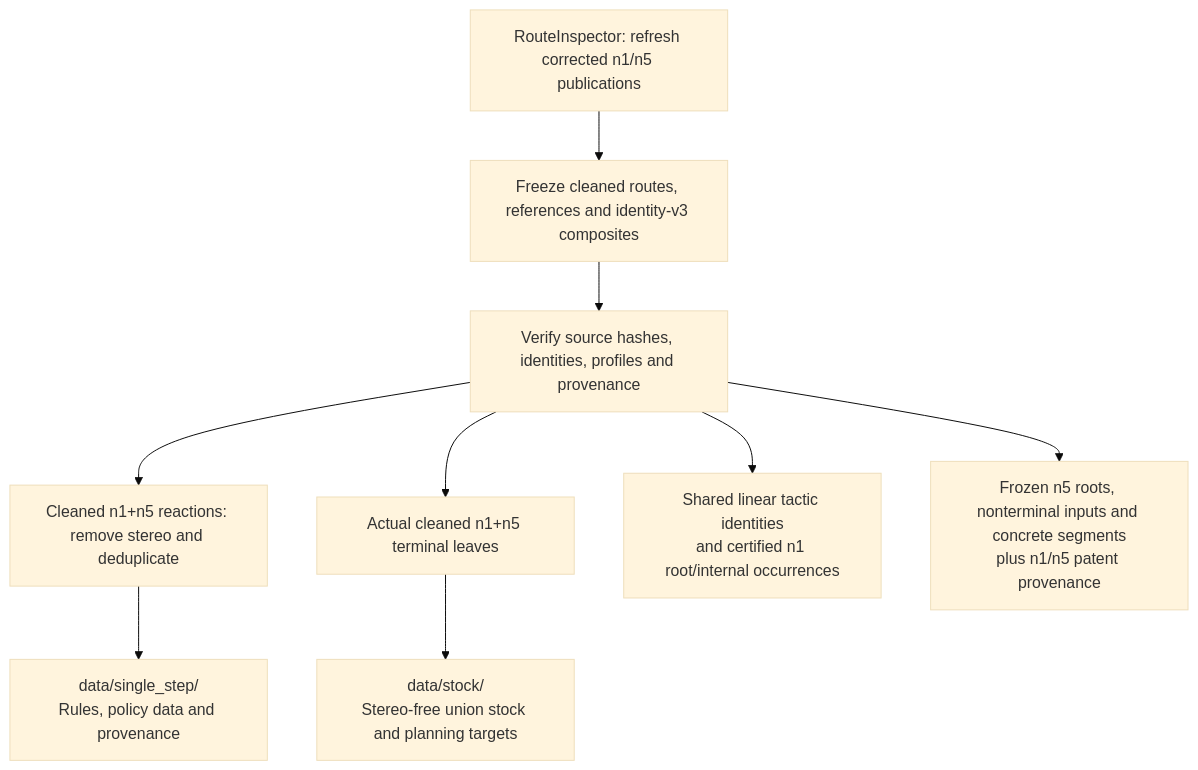
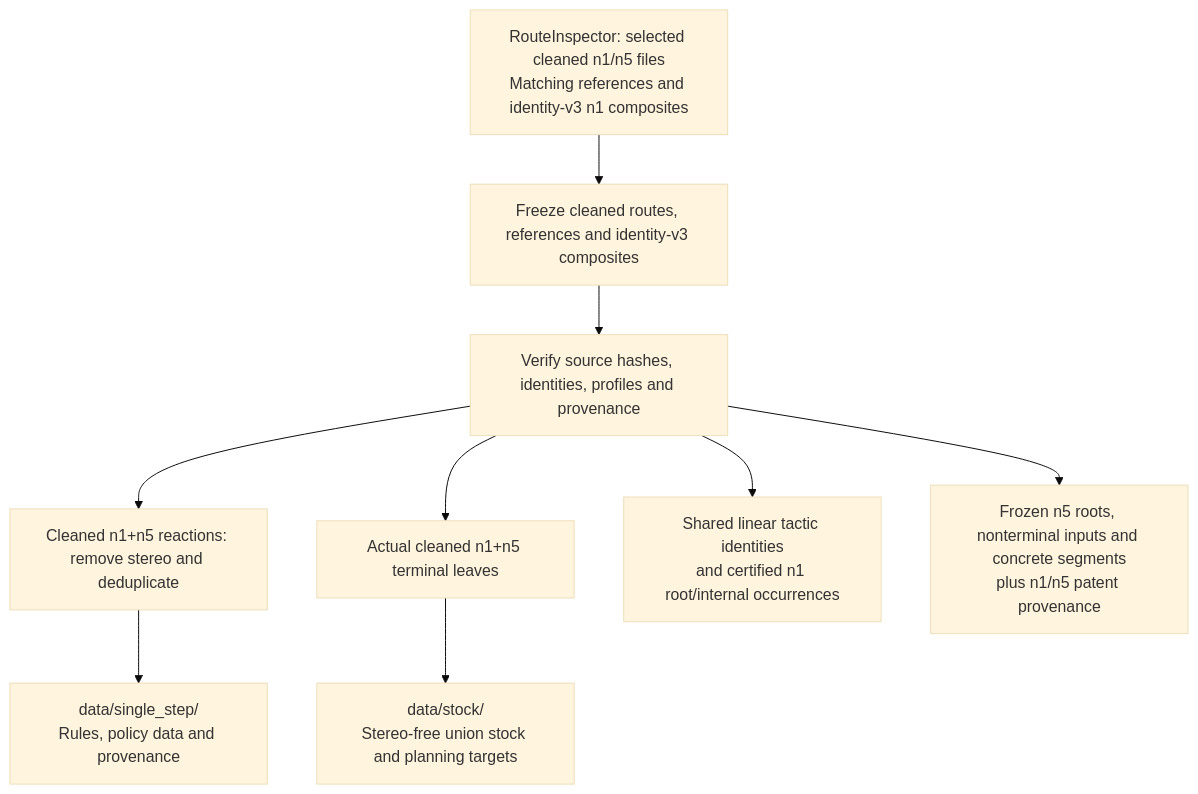
One commit to Protolaw/retrocomposite changed the first of 2 diagrams in docs/diagrams/preparation.md. Above: the diagram before and after it, drawn with Mermaid (base theme). The commit also changed other lines of this file and 21 other files, not shown here.

````diff
--- a/docs/diagrams/preparation.md
+++ b/docs/diagrams/preparation.md
@@ -11,17 +11,17 @@
 ```mermaid
 flowchart TD
-    RI["RouteInspector: refresh corrected n1/n5 publications"]
+    RI["RouteInspector: selected cleaned n1/n5 files<br/>Matching references and identity-v3 n1 composites"]
     RELEASE["Freeze cleaned routes, references and identity-v3 composites"]
     CHECK["Verify source hashes, identities, profiles and provenance"]
     REACTIONS["Cleaned n1+n5 reactions: remove stereo and deduplicate"]
     SINGLE["data/single_step/<br/>Rules, policy data and provenance"]
     LEAVES["Actual cleaned n1+n5 terminal leaves"]
     STOCK["data/stock/<br/>Stereo-free union stock and planning targets"]
     SHARED["Shared linear tactic identities<br/>and certified n1 root/internal occurrences"]
     REFERENCE["Frozen n5 roots, nonterminal inputs and concrete segments<br/>plus n1/n5 patent provenance"]
     RI --> RELEASE --> CHECK
     CHECK --> REACTIONS --> SINGLE
     CHECK --> LEAVES --> STOCK
     CHECK --> SHARED
     CHECK --> REFERENCE
 ```
````
